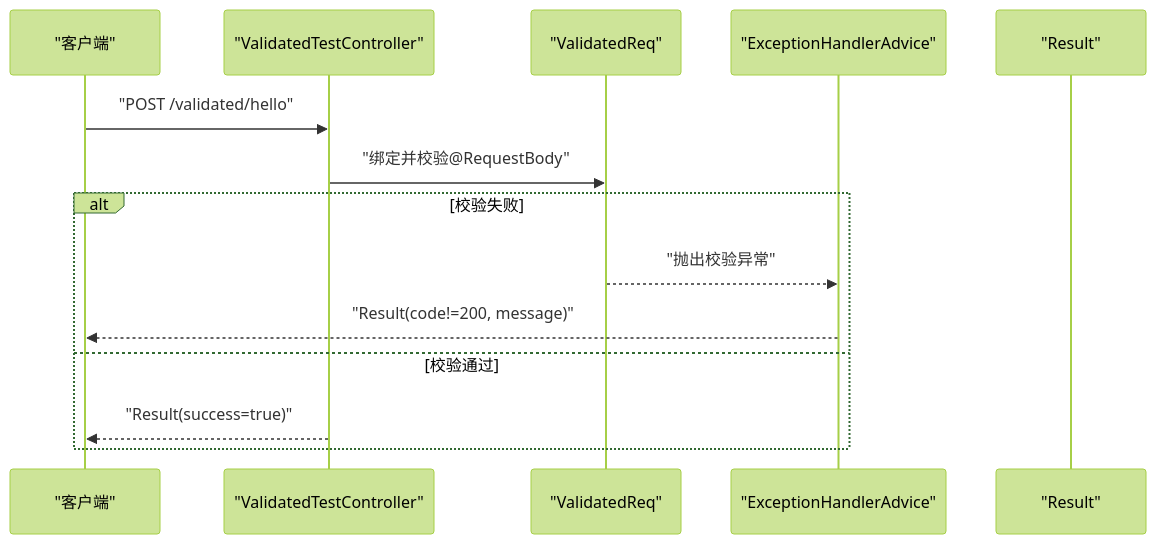
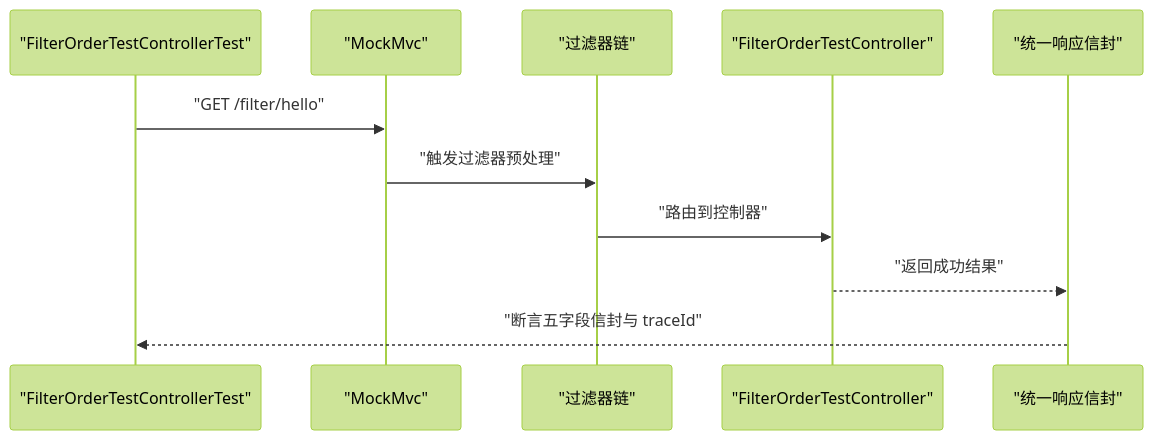
The sixth of 10 diagrams in .qoder/repowiki/zh/content/示例应用/基础功能示例.md (LiukewenSC/kewen-framework), drawn with Mermaid (forest theme) before and after one commit. The commit also changed other lines of this file and 195 other files, not shown here.

````diff
--- a/.qoder/repowiki/zh/content/示例应用/基础功能示例.md
+++ b/.qoder/repowiki/zh/content/示例应用/基础功能示例.md
@@ -224,16 +258,14 @@
 ```mermaid
 sequenceDiagram
-participant Client as "客户端"
-participant Ctrl as "ValidatedTestController"
-participant Bean as "ValidatedReq"
-participant Adv as "ExceptionHandlerAdvice"
-participant Res as "Result"
-Client->>Ctrl : "POST /validated/hello"
-Ctrl->>Bean : "绑定并校验@RequestBody"
-alt 校验失败
-Bean-->>Adv : "抛出校验异常"
-Adv-->>Client : "Result(code!=200, message)"
-else 校验通过
-Ctrl-->>Client : "Result(success=true)"
-end
+    participant Test as "FilterOrderTestControllerTest"
+    participant MockMvc as "MockMvc"
+    participant Filter as "过滤器链"
+    participant Controller as "FilterOrderTestController"
+    participant Env as "统一响应信封"
+
+    Test->>MockMvc: "GET /filter/hello"
+    MockMvc->>Filter: "触发过滤器预处理"
+    Filter->>Controller: "路由到控制器"
+    Controller-->>Env: "返回成功结果"
+    Env-->>Test: "断言五字段信封与 traceId"
 ```
````
